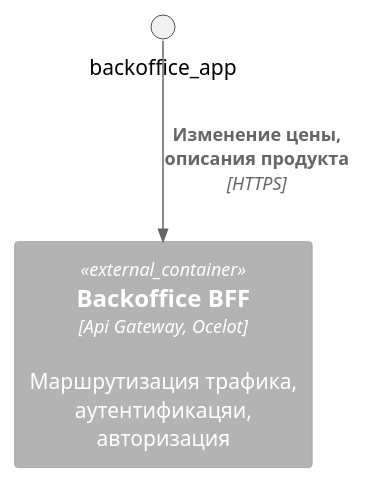
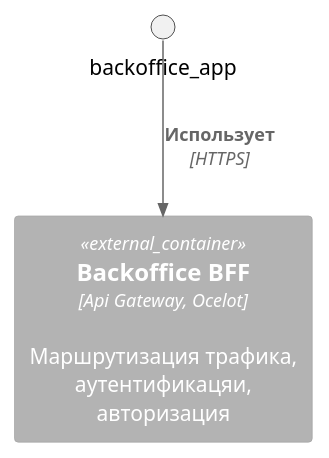
Before and after one commit to gerzhan/knigaexpert-system-design: the diagram in containers/gateways/backoffice-gateway.puml, drawn with PlantUML. The commit also changed 2 other files, not shown here.

```diff
--- a/containers/gateways/backoffice-gateway.puml
+++ b/containers/gateways/backoffice-gateway.puml
@@ -1,5 +1,5 @@
 @startuml
 !include https://raw.githubusercontent.com/plantuml-stdlib/C4-PlantUML/master/C4_Container.puml
 Container_Ext(backoffice_bff, "Backoffice BFF", "Api Gateway, Ocelot", "Маршрутизация трафика, аутентификацяи, авторизация")
-Rel(backoffice_app, backoffice_bff, "Изменение цены, описания продукта", "HTTPS")
+Rel(backoffice_app, backoffice_bff, "Использует", "HTTPS")
 @enduml
```
